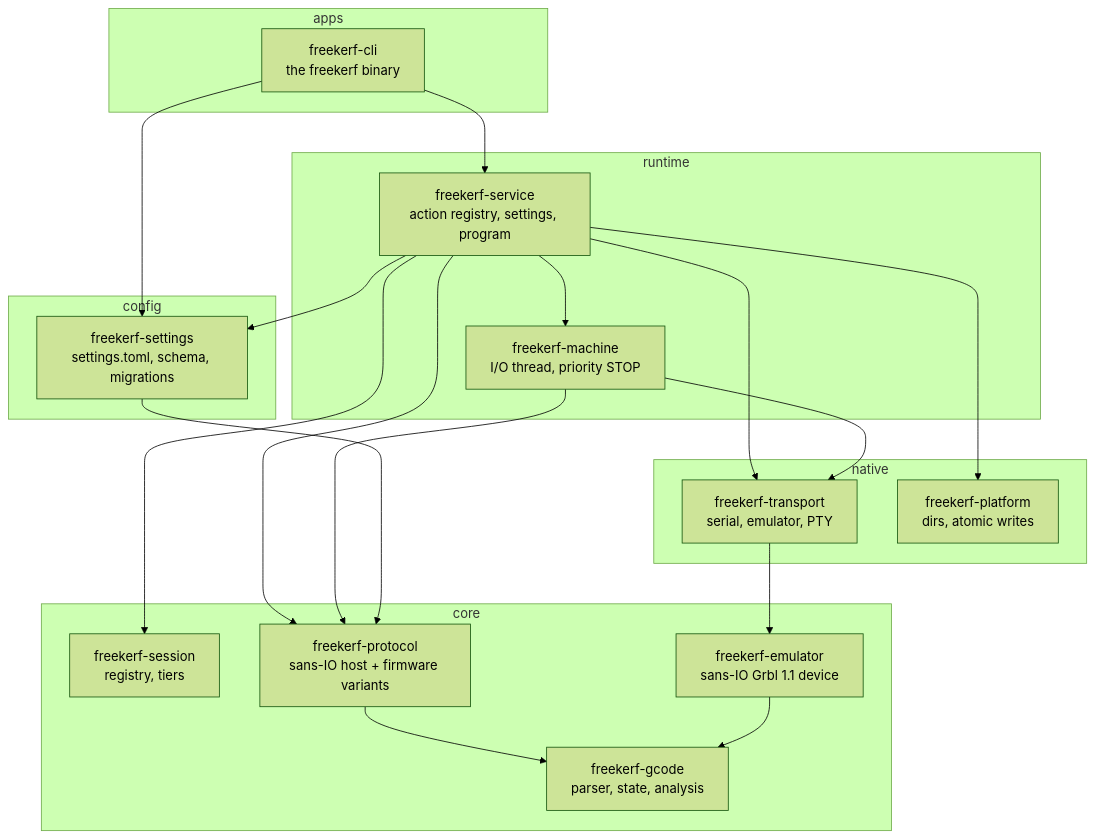
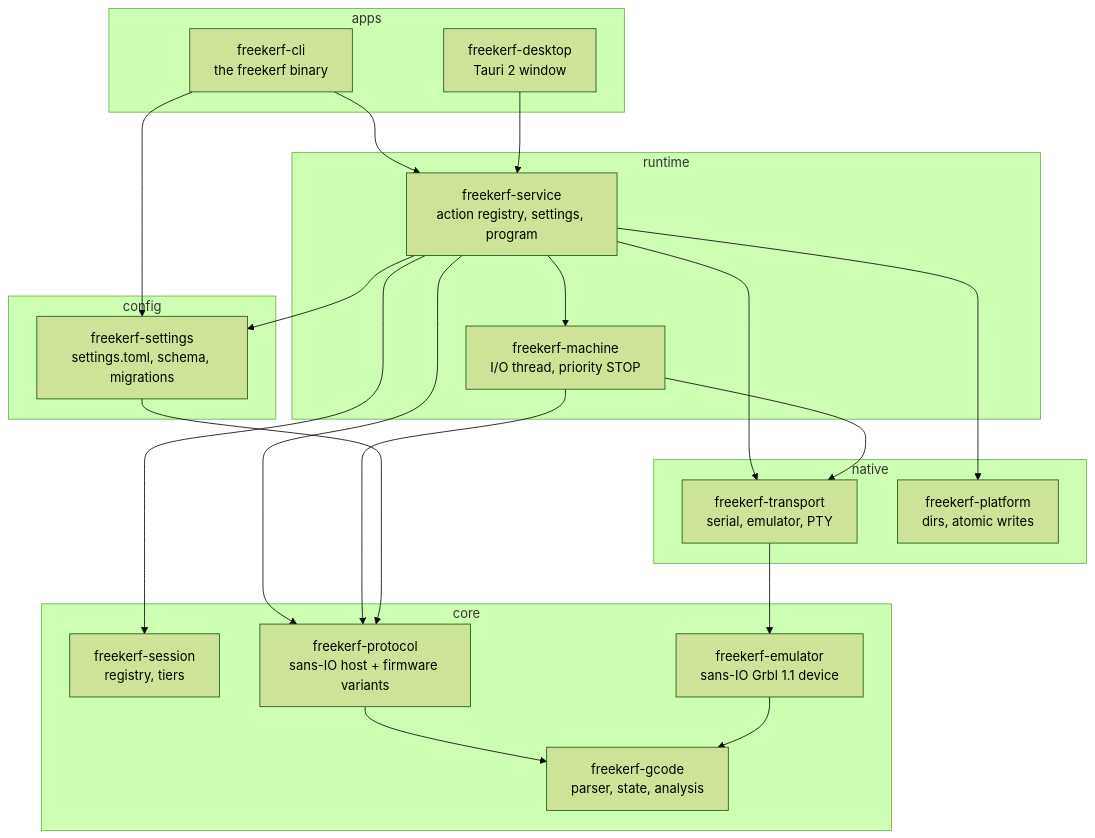
Before and after one commit to bochpsico-lang/freekerf: the first of 3 diagrams in doc/architecture.md, drawn with Mermaid (forest theme). The commit also changed other lines of this file and 90 other files, not shown here.

````diff
--- a/doc/architecture.md
+++ b/doc/architecture.md
@@ -9,37 +10,39 @@
 ```mermaid
 flowchart TB
   subgraph apps
     cli[freekerf-cli<br/>the freekerf binary]
+    desktop[freekerf-desktop<br/>Tauri 2 window]
   end
   subgraph runtime
     service[freekerf-service<br/>action registry, settings, program]
     machine[freekerf-machine<br/>I/O thread, priority STOP]
   end
   subgraph native
     transport[freekerf-transport<br/>serial, emulator, PTY]
     platform[freekerf-platform<br/>dirs, atomic writes]
   end
   subgraph config
     settings[freekerf-settings<br/>settings.toml, schema, migrations]
   end
   subgraph core
     session[freekerf-session<br/>registry, tiers]
     protocol[freekerf-protocol<br/>sans-IO host + firmware variants]
     gcode[freekerf-gcode<br/>parser, state, analysis]
     emulator[freekerf-emulator<br/>sans-IO Grbl 1.1 device]
   end
   cli --> service
   cli --> settings
+  desktop --> service
   service --> machine
   service --> transport
   service --> platform
   service --> settings
   service --> session
   service --> protocol
   machine --> protocol
   machine --> transport
   transport --> emulator
   settings --> protocol
   protocol --> gcode
   emulator --> gcode
 ```
````
